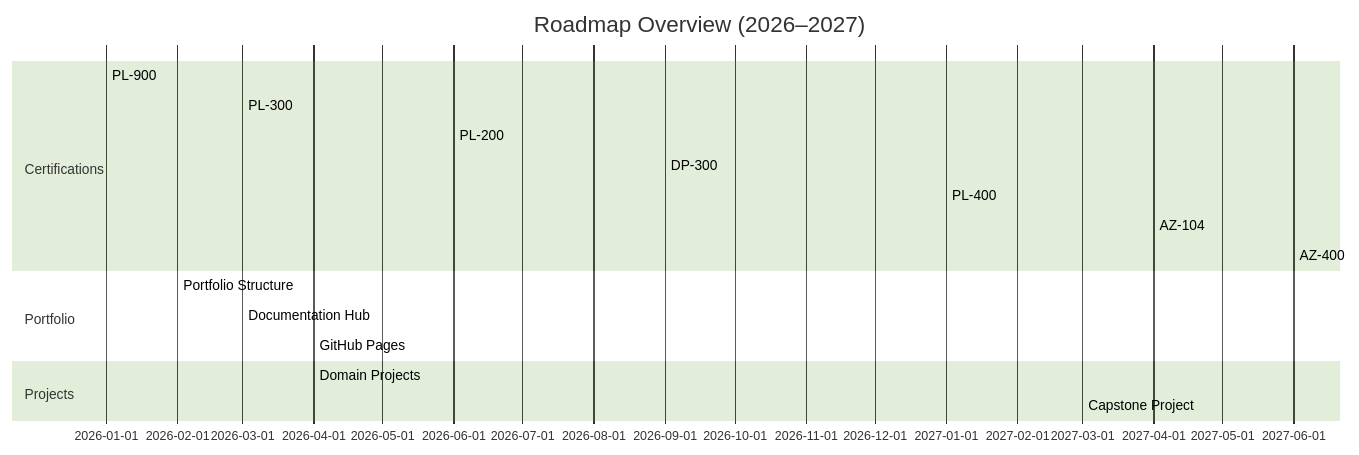
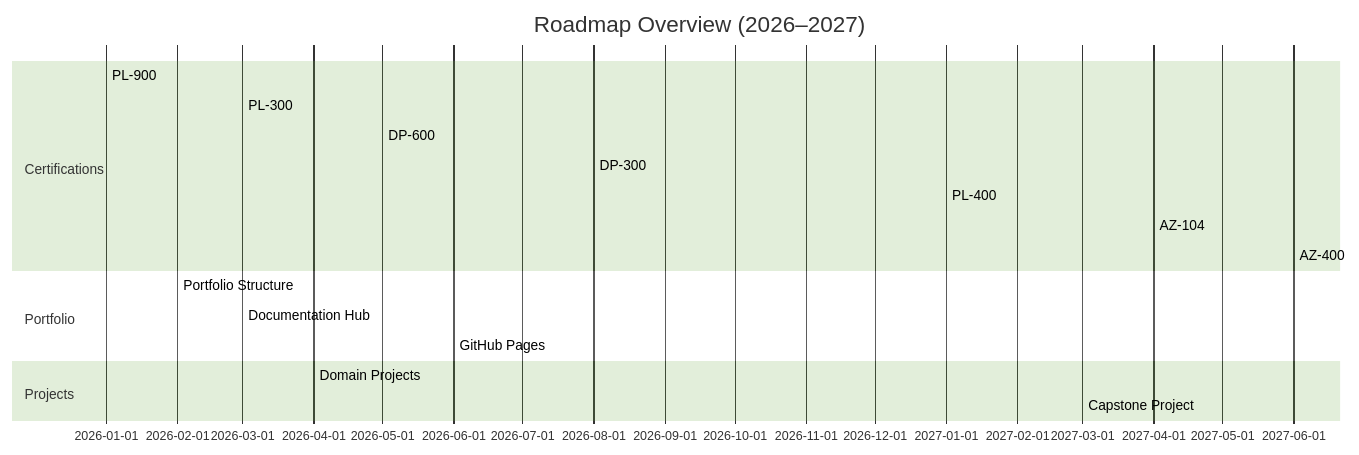
The diagram in roadmap/README.md (joshuawozny/cloud-powerplatform-portfolio), drawn with Mermaid (forest theme) before and after one commit. The commit also changed other lines of this file, not shown here.

````diff
--- a/roadmap/README.md
+++ b/roadmap/README.md
@@ -79,20 +79,20 @@
 ```mermaid
 gantt
     dateFormat  YYYY-MM
     title Roadmap Overview (2026–2027)
     section Certifications
     PL-900                :done,    p1, 2026-01, 1m
-    PL-300                :active,  p2, 2026-03, 2m
-    PL-200                :         p3, 2026-06, 2m
-    DP-300                :         p4, 2026-09, 2m
+    PL-300                :done,    p2, 2026-03, 2m
+    DP-600                :active,  p3, 2026-05, 2m
+    DP-300                :         p4, 2026-08, 2m
     PL-400                :         p5, 2027-01, 2m
     AZ-104                :         p6, 2027-04, 2m
     AZ-400                :         p7, 2027-06, 2m
     section Portfolio
     Portfolio Structure   :done,    s1, 2026-02, 3m
     Documentation Hub     :active,  s2, 2026-03, 6m
-    GitHub Pages          :         s3, 2026-04, 2m
+    GitHub Pages          :         s3, 2026-06, 2m
     section Projects
     Domain Projects       :active,  d1, 2026-04, 12m
     Capstone Project      :         d2, 2027-03, 6m
 ```
````
